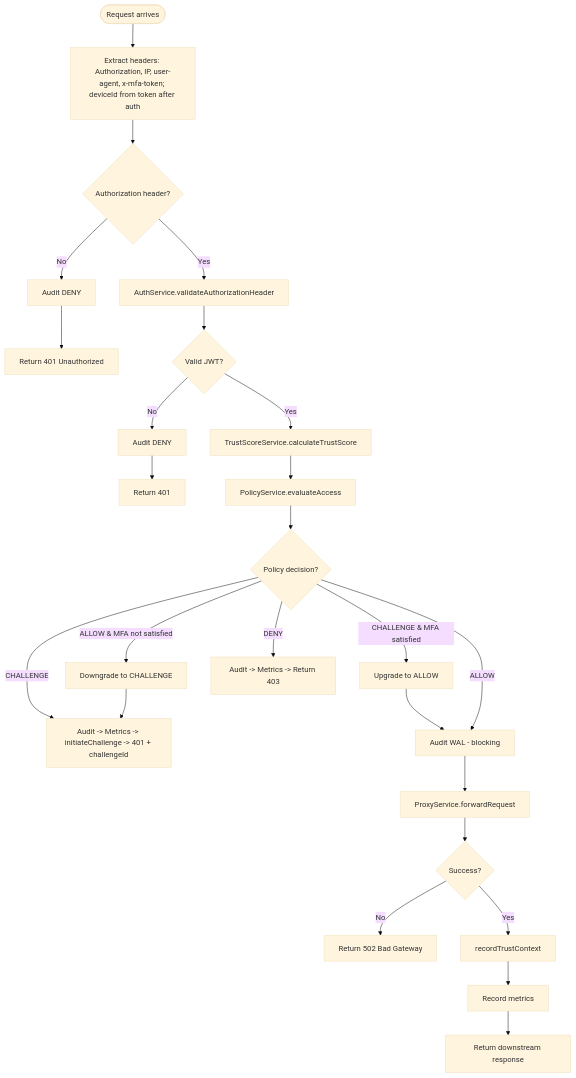
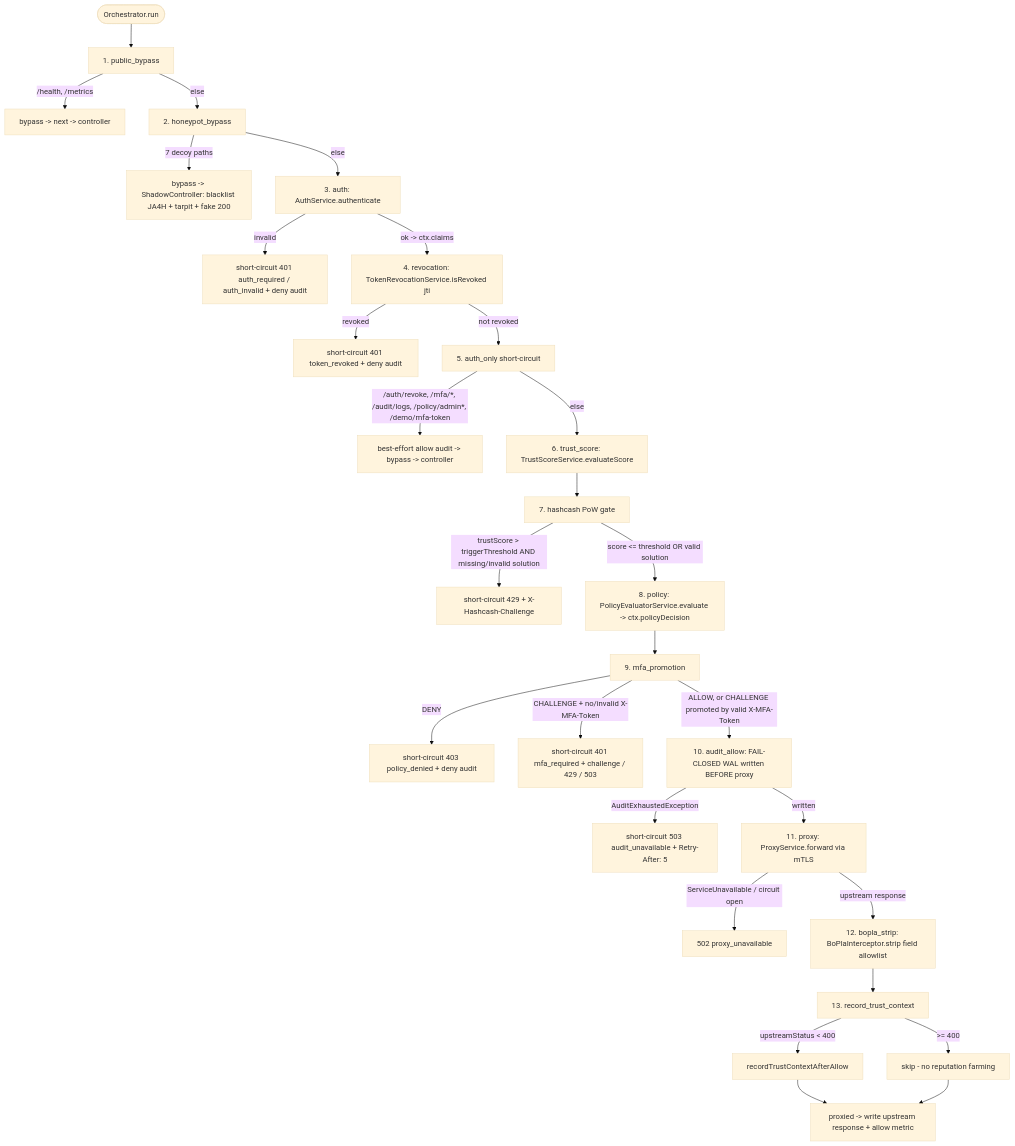
Before and after one commit to spasoye-json/zt-access-gateway: the second of 3 diagrams in docs/THESIS_PIPELINE.md, drawn with Mermaid (base theme). The commit also changed other lines of this file, not shown here.

First line of the commit message:
docs: update THESIS diagrams to match current pipeline

````diff
--- a/docs/THESIS_PIPELINE.md
+++ b/docs/THESIS_PIPELINE.md
@@ -202,27 +209,56 @@
 ```mermaid
 flowchart TD
-  Start([Request arrives]) --> Headers[Extract headers: Authorization, IP, user-agent, x-mfa-token; deviceId from token after auth]
-  Headers --> NoAuth{Authorization header?}
-  NoAuth -->|No| AuditDeny1[Audit DENY]
-  AuditDeny1 --> Ret401a[Return 401 Unauthorized]
-  NoAuth -->|Yes| Auth[AuthService.validateAuthorizationHeader]
-  Auth --> AuthFail{Valid JWT?}
-  AuthFail -->|No| AuditDeny2[Audit DENY]
-  AuditDeny2 --> Ret401b[Return 401]
-  AuthFail -->|Yes| Trust[TrustScoreService.calculateTrustScore]
-  Trust --> Policy[PolicyService.evaluateAccess]
-  Policy --> Decision{Policy decision?}
-  Decision -->|CHALLENGE & MFA satisfied| Upgrade[Upgrade to ALLOW]
-  Decision -->|ALLOW & MFA not satisfied| Downgrade[Downgrade to CHALLENGE]
-  Decision -->|DENY| DenyPath[Audit -> Metrics -> Return 403]
-  Decision -->|CHALLENGE| ChallengePath[Audit -> Metrics -> initiateChallenge -> 401 + challengeId]
-  Upgrade --> AuditAllow
-  Downgrade --> ChallengePath
-  Decision -->|ALLOW| AuditAllow[Audit WAL - blocking]
-  AuditAllow --> Forward[ProxyService.forwardRequest]
-  Forward --> ProxyFail{Success?}
-  ProxyFail -->|No| Ret502[Return 502 Bad Gateway]
-  ProxyFail -->|Yes| RecordTrust[recordTrustContext]
-  RecordTrust --> Metrics[Record metrics]
-  Metrics --> Ret200[Return downstream response]
+  Start([Orchestrator.run]) --> S1
+
+  S1[1. public_bypass]
+  S1 -->|/health, /metrics| BypassA[bypass -> next -> controller]
+  S1 -->|else| S2
+
+  S2[2. honeypot_bypass]
+  S2 -->|7 decoy paths| BypassB[bypass -> ShadowController: blacklist JA4H + tarpit + fake 200]
+  S2 -->|else| S3
+
+  S3[3. auth: AuthService.authenticate]
+  S3 -->|invalid| D401a[short-circuit 401 auth_required / auth_invalid + deny audit]
+  S3 -->|ok -> ctx.claims| S4
+
+  S4[4. revocation: TokenRevocationService.isRevoked jti]
+  S4 -->|revoked| D401b[short-circuit 401 token_revoked + deny audit]
+  S4 -->|not revoked| S5
+
+  S5[5. auth_only short-circuit]
+  S5 -->|/auth/revoke, /mfa/*, /audit/logs, /policy/admin*, /demo/mfa-token| BypassC[best-effort allow audit -> bypass -> controller]
+  S5 -->|else| S6
+
+  S6[6. trust_score: TrustScoreService.evaluateScore]
+  S6 --> S7
+
+  S7[7. hashcash PoW gate]
+  S7 -->|trustScore > triggerThreshold AND missing/invalid solution| D429[short-circuit 429 + X-Hashcash-Challenge]
+  S7 -->|score <= threshold OR valid solution| S8
+
+  S8[8. policy: PolicyEvaluatorService.evaluate -> ctx.policyDecision]
+  S8 --> S9
+
+  S9[9. mfa_promotion]
+  S9 -->|DENY| D403[short-circuit 403 policy_denied + deny audit]
+  S9 -->|CHALLENGE + no/invalid X-MFA-Token| D401c[short-circuit 401 mfa_required + challenge / 429 / 503]
+  S9 -->|ALLOW, or CHALLENGE promoted by valid X-MFA-Token| S10
+
+  S10[10. audit_allow: FAIL-CLOSED WAL written BEFORE proxy]
+  S10 -->|AuditExhaustedException| D503[short-circuit 503 audit_unavailable + Retry-After: 5]
+  S10 -->|written| S11
+
+  S11[11. proxy: ProxyService.forward via mTLS]
+  S11 -->|ServiceUnavailable / circuit open| D502[502 proxy_unavailable]
+  S11 -->|upstream response| S12
+
+  S12[12. bopla_strip: BoPlaInterceptor.strip field allowlist]
+  S12 --> S13
+
+  S13[13. record_trust_context]
+  S13 -->|upstreamStatus < 400| Rec[recordTrustContextAfterAllow]
+  S13 -->|>= 400| NoRec[skip - no reputation farming]
+  Rec --> Done[proxied -> write upstream response + allow metric]
+  NoRec --> Done
 ```
````
